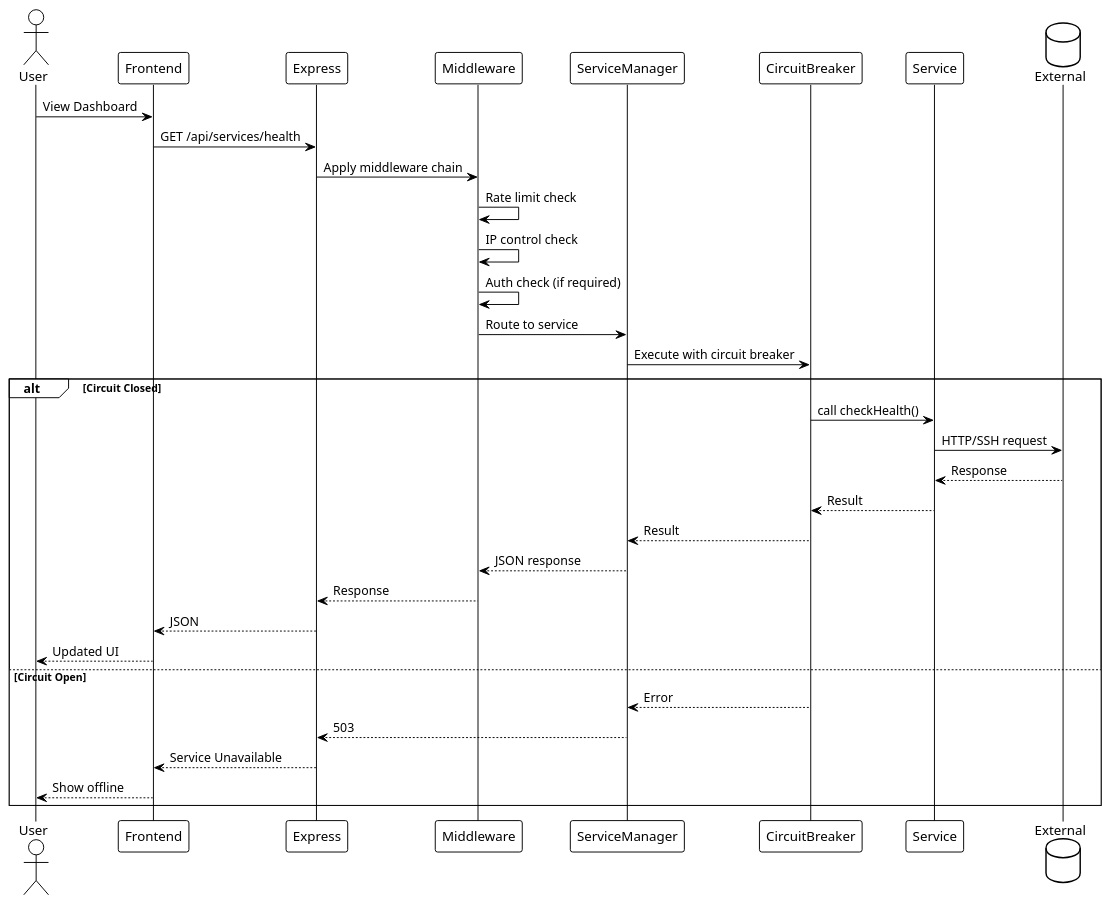
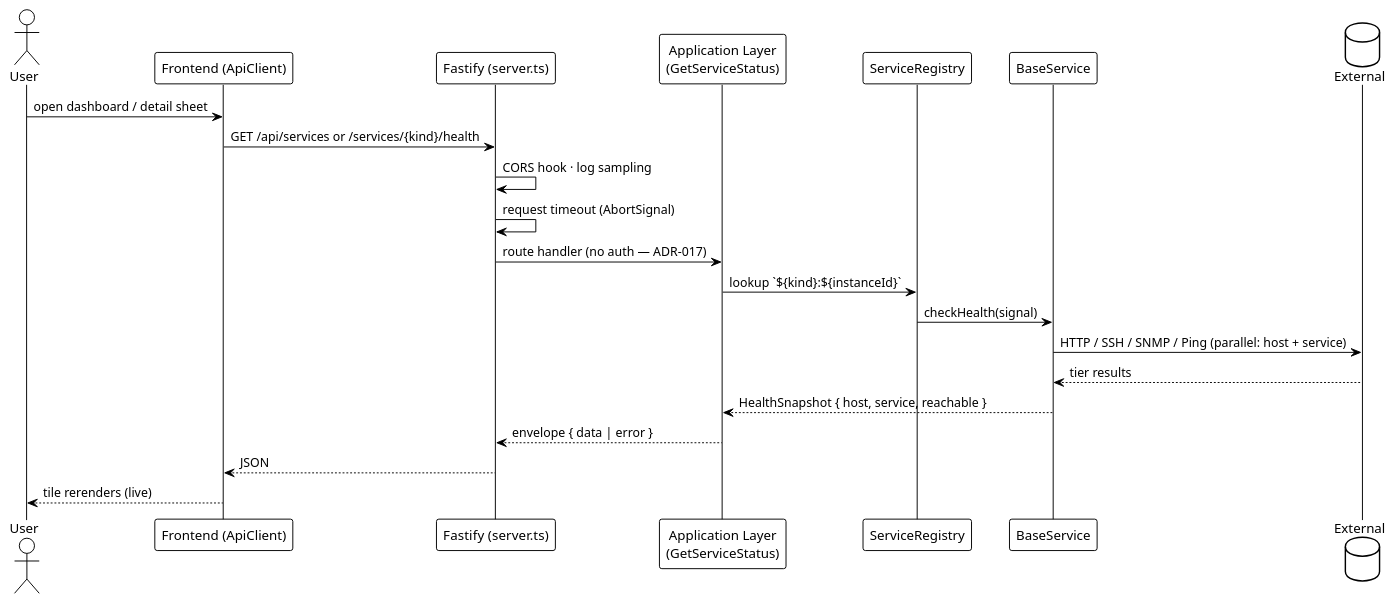
Before and after one commit to EraPartner/Watchman: the third of 5 diagrams in docs/INDEX.md, drawn with PlantUML. The commit also changed other lines of this file and 9 other files, not shown here.

First line of the commit message:
docs: align KB with ADR-017 (no auth) and add interactive flow visualizer

````diff
--- a/docs/INDEX.md
+++ b/docs/INDEX.md
@@ -286,44 +299,31 @@
 ```plantuml
 @startuml
 !theme plain
 
 actor "User" as User
-participant "Frontend" as FE
-participant "Express" as Express
-participant "Middleware" as MW
-participant "ServiceManager" as SM
-participant "CircuitBreaker" as CB
-participant "Service" as Svc
+participant "Frontend (ApiClient)" as FE
+participant "Fastify (server.ts)" as Fastify
+participant "Application Layer\n(GetServiceStatus)" as App
+participant "ServiceRegistry" as Reg
+participant "BaseService" as Svc
 database "External" as Ext
 
-User -> FE : View Dashboard
-FE -> Express : GET /api/services/health
+User -> FE : open dashboard / detail sheet
+FE -> Fastify : GET /api/services or /services/{kind}/health
 
-Express -> MW : Apply middleware chain
+Fastify -> Fastify : CORS hook · log sampling
+Fastify -> Fastify : request timeout (AbortSignal)
+Fastify -> App : route handler (no auth — ADR-017)
 
-MW -> MW : Rate limit check
-MW -> MW : IP control check
-MW -> MW : Auth check (if required)
+App -> Reg : lookup `${kind}:${instanceId}`
+Reg -> Svc : checkHealth(signal)
 
-MW -> SM : Route to service
-SM -> CB : Execute with circuit breaker
+Svc -> Ext : HTTP / SSH / SNMP / Ping (parallel: host + service)
+Ext --> Svc : tier results
+Svc --> App : HealthSnapshot { host, service, reachable }
 
-alt Circuit Closed
-    CB -> Svc : call checkHealth()
-    Svc -> Ext : HTTP/SSH request
-    Ext --> Svc : Response
-    Svc --> CB : Result
-    CB --> SM : Result
-    SM --> MW : JSON response
-    MW --> Express : Response
-    Express --> FE : JSON
-    FE --> User : Updated UI
-
-else Circuit Open
-    CB --> SM : Error
-    SM --> Express : 503
-    Express --> FE : Service Unavailable
-    FE --> User : Show offline
-end
+App --> Fastify : envelope { data | error }
+Fastify --> FE : JSON
+FE --> User : tile rerenders (live)
 @enduml
 ```
````
